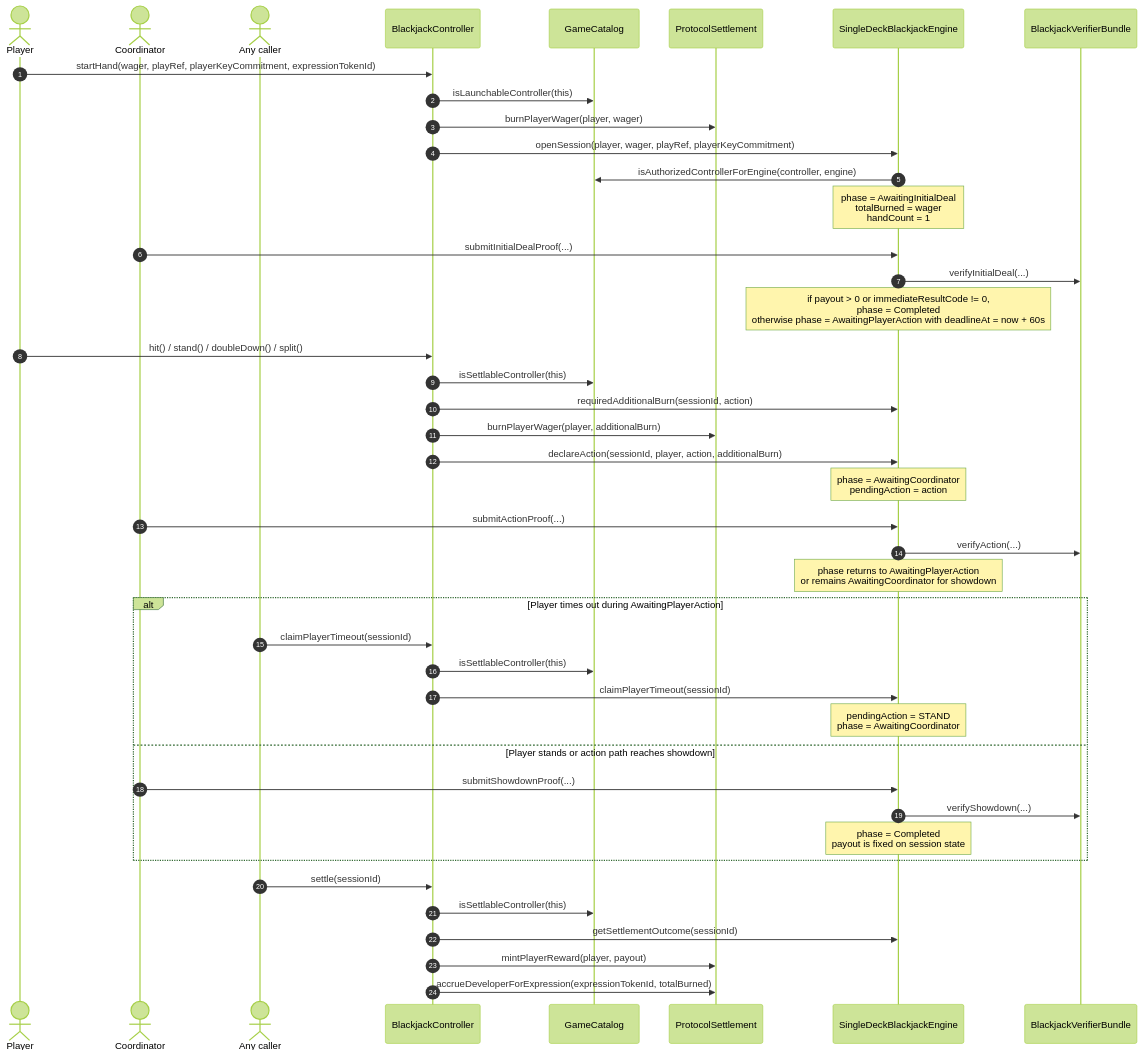
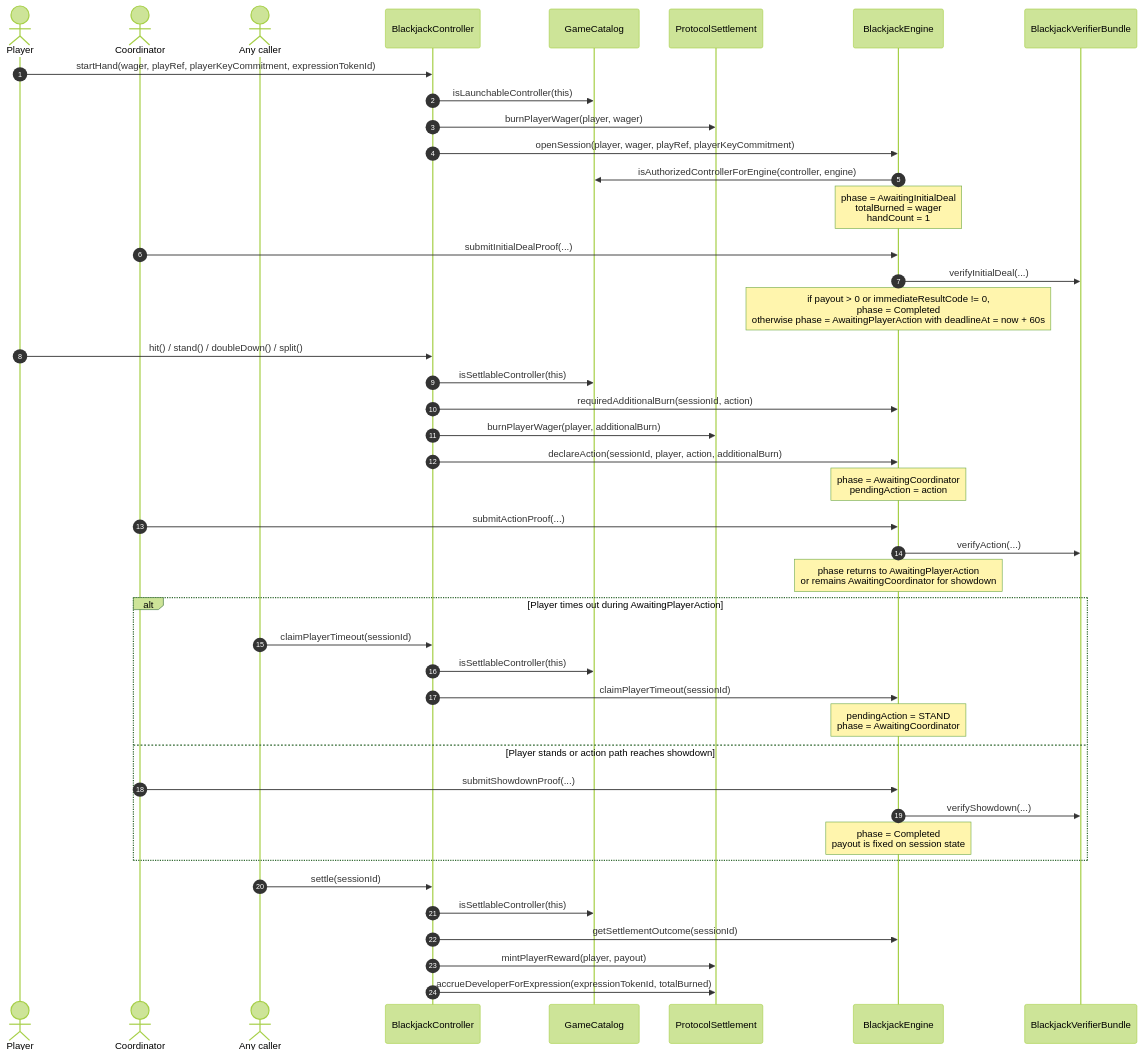
One commit to zachdt/scuro changed the sixth of 7 diagrams in docs/game-module-user-flows.md. Above: the diagram before and after it, drawn with Mermaid (forest theme). The commit also changed other lines of this file and 117 other files, not shown here.

````diff
--- a/docs/game-module-user-flows.md
+++ b/docs/game-module-user-flows.md
@@ -247,51 +248,51 @@
 ```mermaid
 sequenceDiagram
     autonumber
     actor Player
     actor Coordinator
     actor Caller as Any caller
     participant Controller as BlackjackController
     participant Catalog as GameCatalog
     participant Settlement as ProtocolSettlement
-    participant Engine as SingleDeckBlackjackEngine
+    participant Engine as BlackjackEngine
     participant Verifier as BlackjackVerifierBundle
 
     Player->>Controller: startHand(wager, playRef, playerKeyCommitment, expressionTokenId)
     Controller->>Catalog: isLaunchableController(this)
     Controller->>Settlement: burnPlayerWager(player, wager)
     Controller->>Engine: openSession(player, wager, playRef, playerKeyCommitment)
     Engine->>Catalog: isAuthorizedControllerForEngine(controller, engine)
     Note over Engine: phase = AwaitingInitialDeal<br/>totalBurned = wager<br/>handCount = 1
 
     Coordinator->>Engine: submitInitialDealProof(...)
     Engine->>Verifier: verifyInitialDeal(...)
     Note over Engine: if payout > 0 or immediateResultCode != 0,<br/>phase = Completed<br/>otherwise phase = AwaitingPlayerAction with deadlineAt = now + 60s
 
     Player->>Controller: hit() / stand() / doubleDown() / split()
     Controller->>Catalog: isSettlableController(this)
     Controller->>Engine: requiredAdditionalBurn(sessionId, action)
     Controller->>Settlement: burnPlayerWager(player, additionalBurn)
     Controller->>Engine: declareAction(sessionId, player, action, additionalBurn)
     Note over Engine: phase = AwaitingCoordinator<br/>pendingAction = action
 
     Coordinator->>Engine: submitActionProof(...)
     Engine->>Verifier: verifyAction(...)
     Note over Engine: phase returns to AwaitingPlayerAction<br/>or remains AwaitingCoordinator for showdown
 
     alt Player times out during AwaitingPlayerAction
         Caller->>Controller: claimPlayerTimeout(sessionId)
         Controller->>Catalog: isSettlableController(this)
         Controller->>Engine: claimPlayerTimeout(sessionId)
         Note over Engine: pendingAction = STAND<br/>phase = AwaitingCoordinator
     else Player stands or action path reaches showdown
         Coordinator->>Engine: submitShowdownProof(...)
         Engine->>Verifier: verifyShowdown(...)
         Note over Engine: phase = Completed<br/>payout is fixed on session state
     end
 
     Caller->>Controller: settle(sessionId)
     Controller->>Catalog: isSettlableController(this)
     Controller->>Engine: getSettlementOutcome(sessionId)
     Controller->>Settlement: mintPlayerReward(player, payout)
     Controller->>Settlement: accrueDeveloperForExpression(expressionTokenId, totalBurned)
 ```
````
